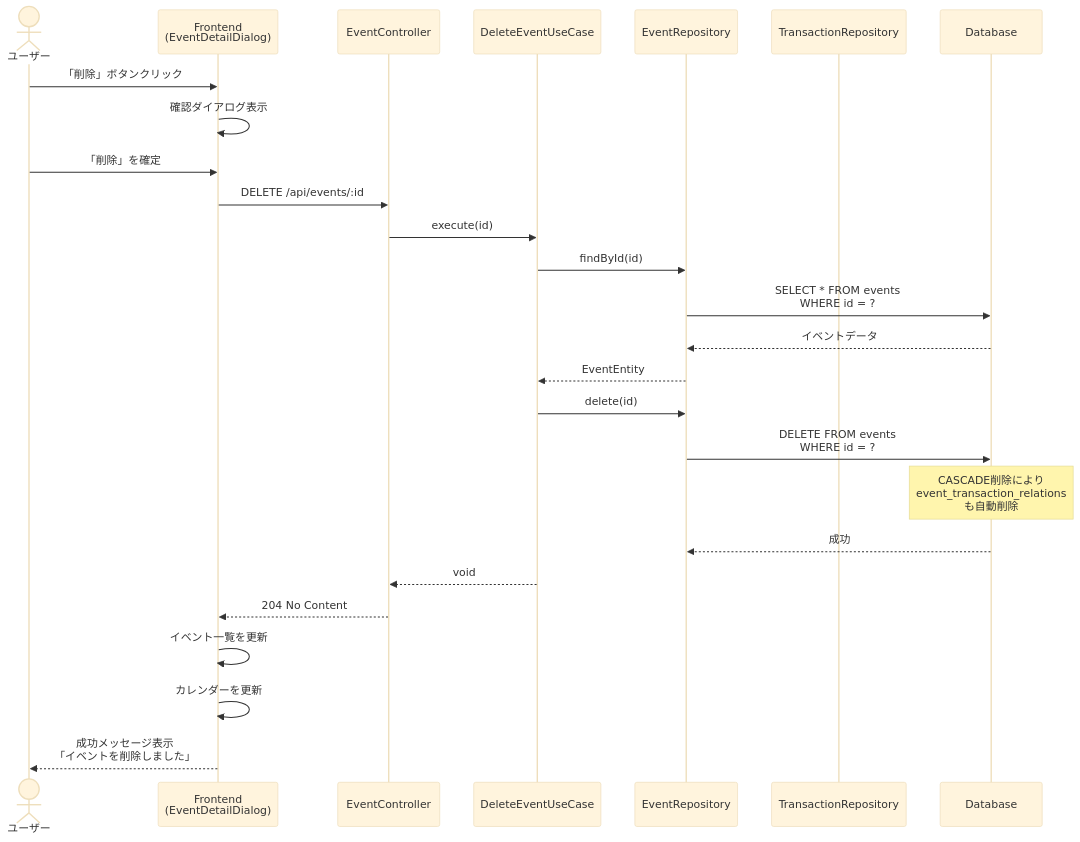
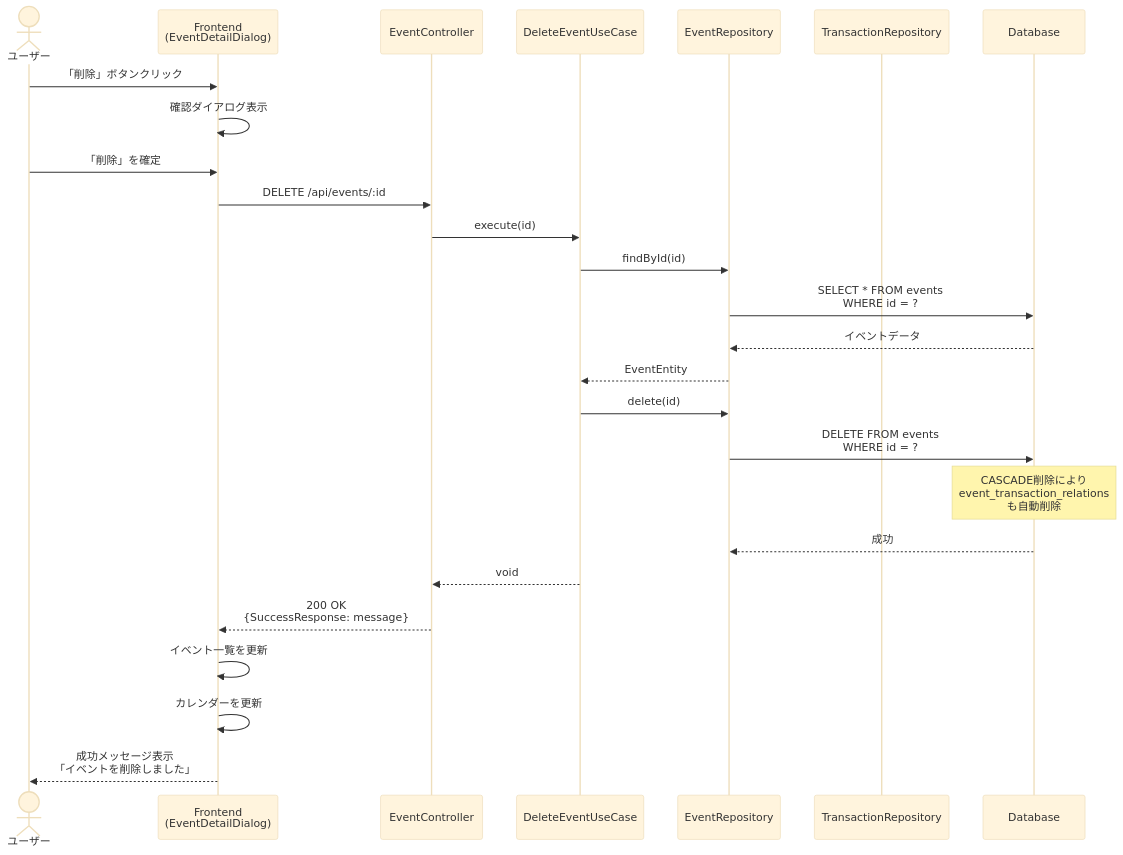
Before and after one commit to kencom2400/account-book: the third of 10 diagrams in docs/detailed-design/FR-021_event-memo/sequence-diagrams.md, drawn with Mermaid (base theme). The commit also changed other lines of this file and 3 other files, not shown here.

````diff
--- a/docs/detailed-design/FR-021_event-memo/sequence-diagrams.md
+++ b/docs/detailed-design/FR-021_event-memo/sequence-diagrams.md
@@ -197,35 +197,35 @@
 ```mermaid
 sequenceDiagram
     actor User as ユーザー
     participant FE as Frontend<br/>(EventDetailDialog)
     participant API as EventController
     participant UC as DeleteEventUseCase
     participant EventRepo as EventRepository
     participant TransRepo as TransactionRepository
     participant DB as Database
 
     User->>FE: 「削除」ボタンクリック
     FE->>FE: 確認ダイアログ表示
 
     User->>FE: 「削除」を確定
     FE->>API: DELETE /api/events/:id
 
     API->>UC: execute(id)
 
     UC->>EventRepo: findById(id)
     EventRepo->>DB: SELECT * FROM events<br/>WHERE id = ?
     DB-->>EventRepo: イベントデータ
     EventRepo-->>UC: EventEntity
 
     UC->>EventRepo: delete(id)
     EventRepo->>DB: DELETE FROM events<br/>WHERE id = ?
     Note over DB: CASCADE削除により<br/>event_transaction_relations<br/>も自動削除
     DB-->>EventRepo: 成功
 
     UC-->>API: void
-    API-->>FE: 204 No Content
+    API-->>FE: 200 OK<br/>{SuccessResponse: message}
 
     FE->>FE: イベント一覧を更新
     FE->>FE: カレンダーを更新
     FE-->>User: 成功メッセージ表示<br/>「イベントを削除しました」
 ```
````
